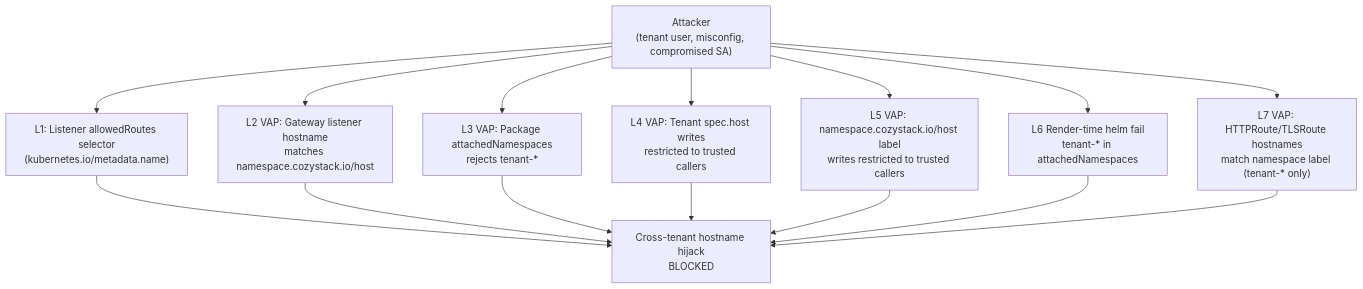
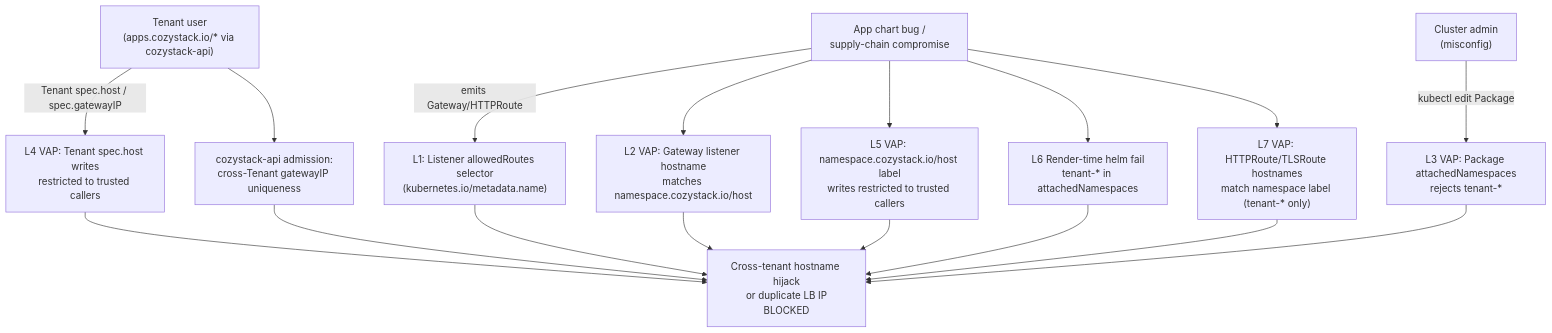
The third of 3 diagrams in content/en/docs/next/networking/gateway-api.md (cozystack/website), drawn with Mermaid before and after one commit. The commit also changed other lines of this file, not shown here.

First line of the commit message:
docs(gateway-api): align with MetalLB per-tenant pool, three-group security framing

````diff
--- a/content/en/docs/next/networking/gateway-api.md
+++ b/content/en/docs/next/networking/gateway-api.md
@@ -266,27 +290,38 @@
 ```mermaid
 flowchart TD
-    ATK["Attacker<br/>(tenant user, misconfig, compromised SA)"]
+    USER["Tenant user<br/>(apps.cozystack.io/* via cozystack-api)"]
+    CHART["App chart bug /<br/>supply-chain compromise"]
+    ADMIN["Cluster admin<br/>(misconfig)"]
+
+    L4["L4 VAP: Tenant spec.host writes<br/>restricted to trusted callers"]
+    OVL["cozystack-api admission:<br/>cross-Tenant gatewayIP uniqueness"]
+
     L1["L1: Listener allowedRoutes selector<br/>(kubernetes.io/metadata.name)"]
     L2["L2 VAP: Gateway listener hostname<br/>matches namespace.cozystack.io/host"]
-    L3["L3 VAP: Package attachedNamespaces<br/>rejects tenant-*"]
-    L4["L4 VAP: Tenant spec.host writes<br/>restricted to trusted callers"]
     L5["L5 VAP: namespace.cozystack.io/host label<br/>writes restricted to trusted callers"]
     L6["L6 Render-time helm fail<br/>tenant-* in attachedNamespaces"]
     L7["L7 VAP: HTTPRoute/TLSRoute hostnames<br/>match namespace label (tenant-* only)"]
-    GW["Cross-tenant hostname hijack<br/>BLOCKED"]
 
-    ATK --> L1
-    ATK --> L2
-    ATK --> L3
-    ATK --> L4
-    ATK --> L5
-    ATK --> L6
-    ATK --> L7
+    L3["L3 VAP: Package attachedNamespaces<br/>rejects tenant-*"]
+
+    GW["Cross-tenant hostname hijack<br/>or duplicate LB IP<br/>BLOCKED"]
+
+    USER -->|Tenant spec.host / spec.gatewayIP| L4
+    USER --> OVL
+    L4 --> GW
+    OVL --> GW
+
+    CHART -->|emits Gateway/HTTPRoute| L1
+    CHART --> L2
+    CHART --> L5
+    CHART --> L6
+    CHART --> L7
     L1 --> GW
     L2 --> GW
-    L3 --> GW
-    L4 --> GW
     L5 --> GW
     L6 --> GW
     L7 --> GW
+
+    ADMIN -->|kubectl edit Package| L3
+    L3 --> GW
 ```
````
